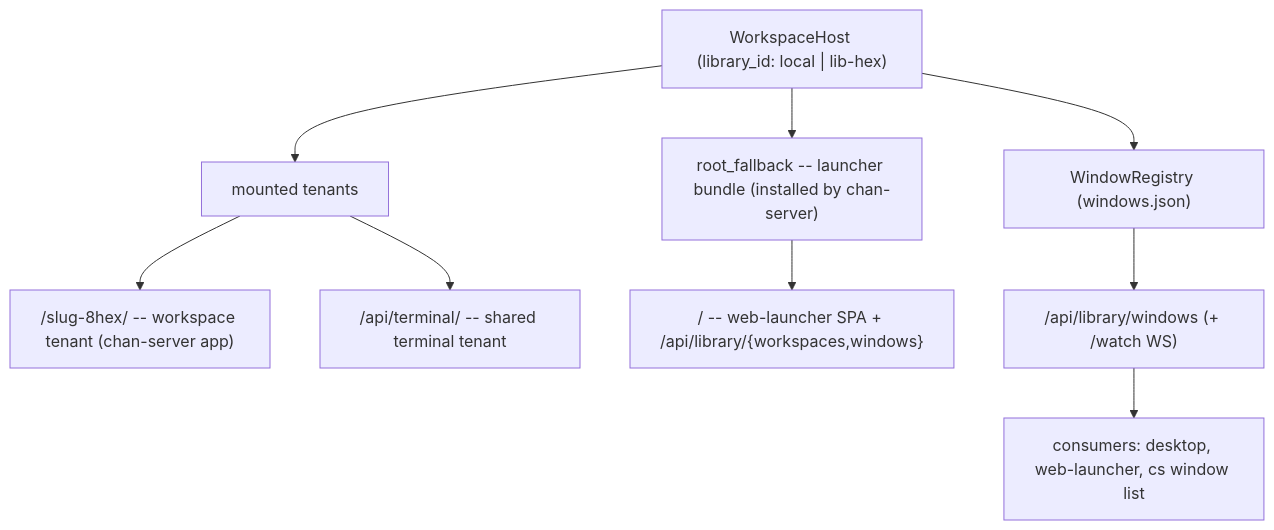
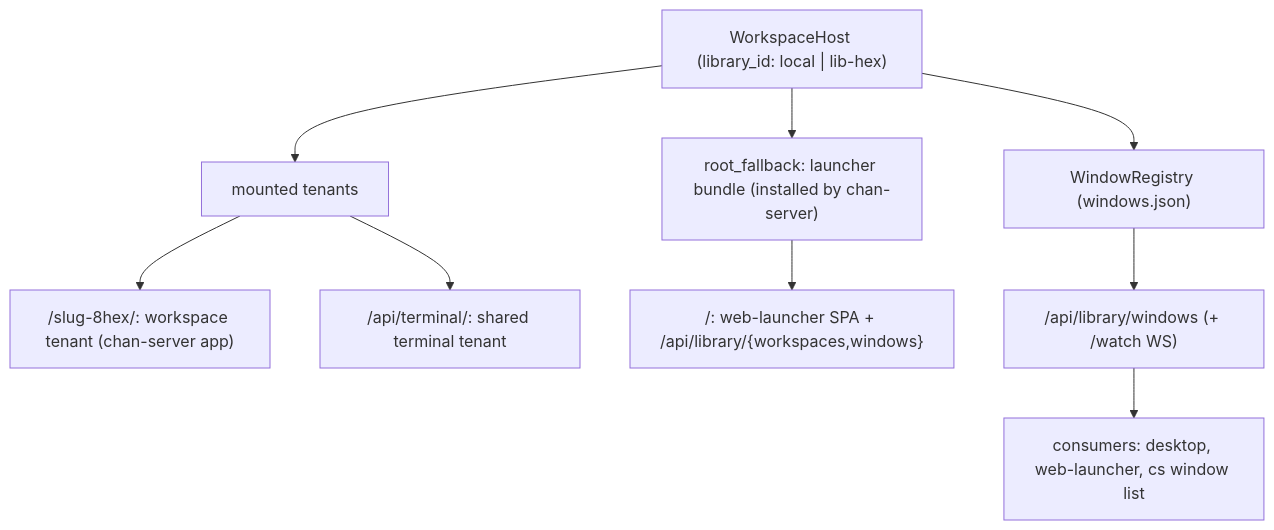
The diagram in crates/chan-library/design.md (fiorix/chan), drawn with Mermaid before and after one commit. The commit also changed other lines of this file and 22 other files, not shown here.

````diff
--- a/crates/chan-library/design.md
+++ b/crates/chan-library/design.md
@@ -13,12 +13,12 @@
 ```mermaid
 flowchart TB
   Host["WorkspaceHost (library_id: local | lib-hex)"]
   Host --> Reg["WindowRegistry (windows.json)"]
   Host --> Mounts["mounted tenants"]
-  Host --> Root["root_fallback -- launcher bundle (installed by chan-server)"]
-  Mounts --> WsT["/slug-8hex/ -- workspace tenant (chan-server app)"]
-  Mounts --> TermT["/api/terminal/ -- shared terminal tenant"]
-  Root --> Launch["/ -- web-launcher SPA + /api/library/{workspaces,windows}"]
+  Host --> Root["root_fallback: launcher bundle (installed by chan-server)"]
+  Mounts --> WsT["/slug-8hex/: workspace tenant (chan-server app)"]
+  Mounts --> TermT["/api/terminal/: shared terminal tenant"]
+  Root --> Launch["/: web-launcher SPA + /api/library/{workspaces,windows}"]
   Reg --> Feed["/api/library/windows (+ /watch WS)"]
   Feed --> Consumers["consumers: desktop, web-launcher, cs window list"]
 ```
````
